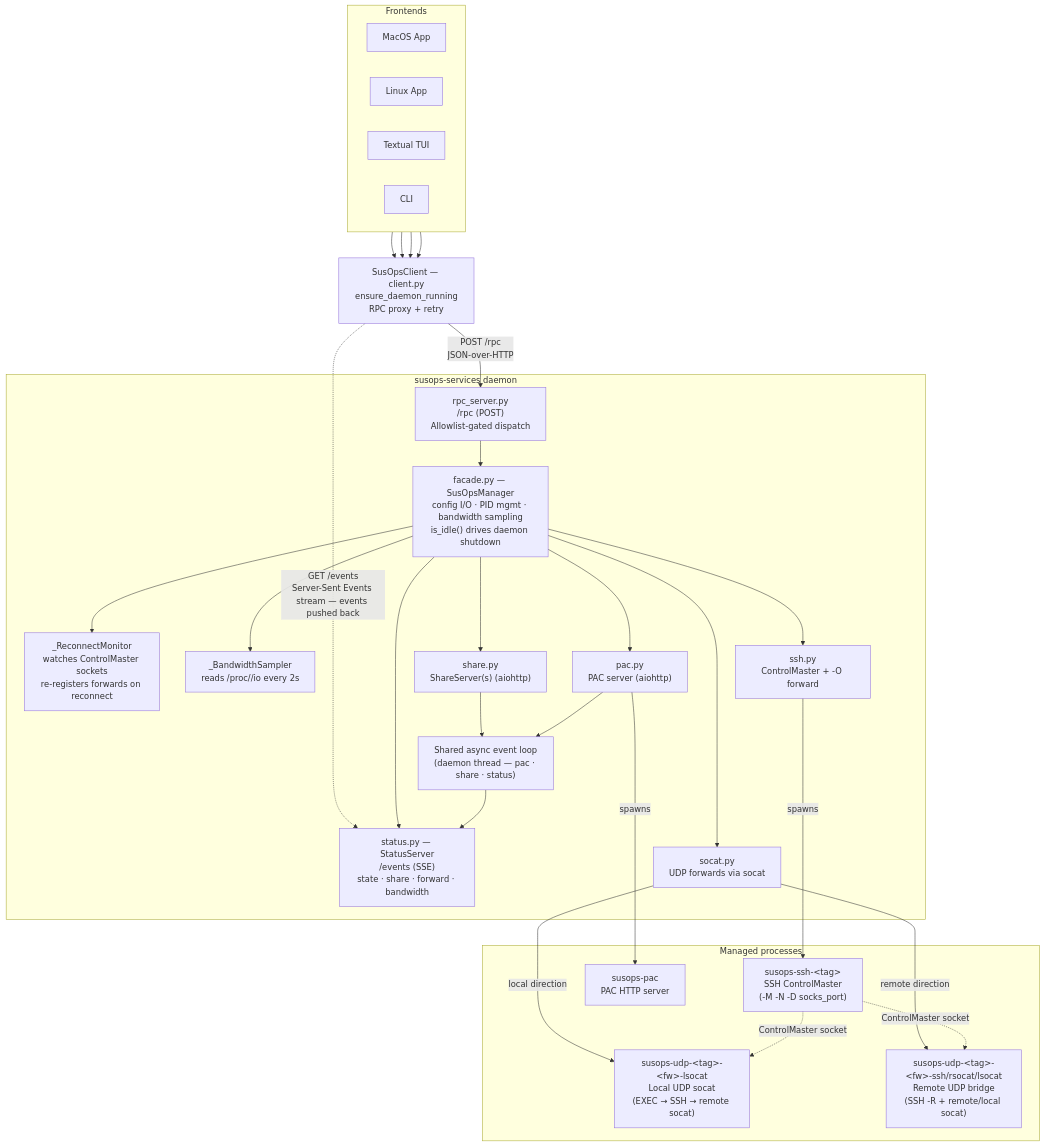
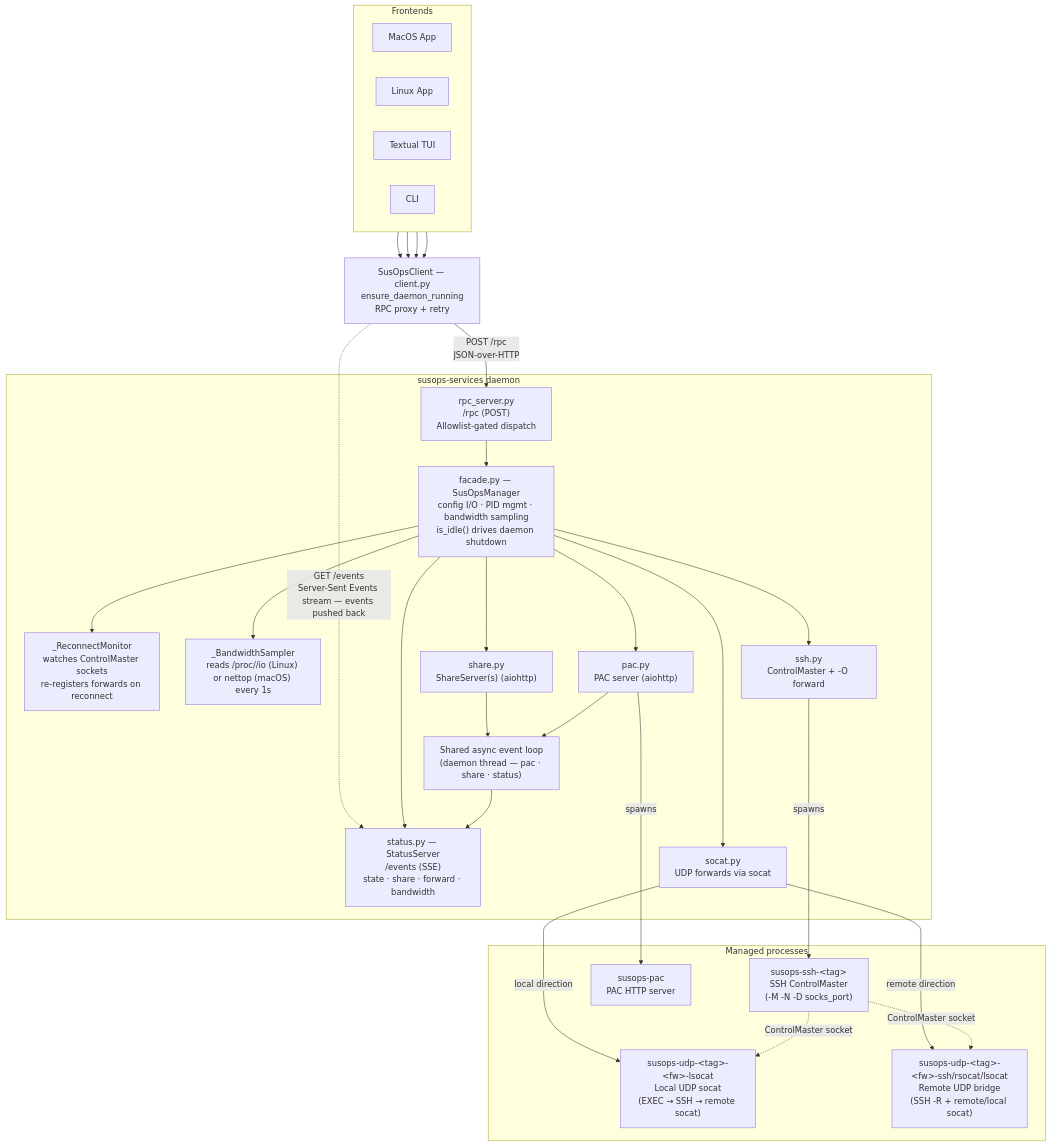
The first of 3 diagrams in README.md (mashb1t/susops), drawn with Mermaid before and after one commit. The commit also changed other lines of this file and 7 other files, not shown here.

````diff
--- a/README.md
+++ b/README.md
@@ -102,62 +74,62 @@
 ```mermaid
 flowchart TD
     subgraph Frontends["Frontends"]
         direction LR
         MacOSApp["MacOS App"]
         LinuxApp["Linux App"]
         TUI["Textual TUI"]
         CLI["CLI"]
     end
 
     Client["SusOpsClient — client.py\nensure_daemon_running\nRPC proxy + retry"]
 
     MacOSApp --> Client
     LinuxApp --> Client
     TUI --> Client
     CLI --> Client
 
     Client -->|POST /rpc\nJSON-over-HTTP| RPC
     Client -.->|GET /events\nServer-Sent Events stream — events pushed back| SSE
 
     subgraph Daemon["susops-services daemon"]
         RPC["rpc_server.py\n/rpc (POST)\nAllowlist-gated dispatch"]
         Facade["facade.py — SusOpsManager\nconfig I/O · PID mgmt · bandwidth sampling\nis_idle() drives daemon shutdown"]
         SSE["status.py — StatusServer\n/events (SSE)\nstate · share · forward · bandwidth"]
         Reconnect["_ReconnectMonitor\nwatches ControlMaster sockets\nre-registers forwards on reconnect"]
-        BW["_BandwidthSampler\nreads /proc/<pid>/io every 2s"]
+        BW["_BandwidthSampler\nreads /proc/<pid>/io (Linux) or nettop (macOS) every 1s"]
 
         SSH["ssh.py\nControlMaster + -O forward"]
         Socat["socat.py\nUDP forwards via socat"]
         PAC["pac.py\nPAC server (aiohttp)"]
         Share["share.py\nShareServer(s) (aiohttp)"]
 
         Loop["Shared async event loop\n(daemon thread — pac · share · status)"]
     end
 
     RPC --> Facade
     Facade --> SSE
     Facade --> Reconnect
     Facade --> BW
     Facade --> SSH
     Facade --> Socat
     Facade --> PAC
     Facade --> Share
 
     Share --> Loop
     PAC --> Loop
     Loop --> SSE
     
     subgraph Processes["Managed processes"]
         Master["susops-ssh-&lt;tag&gt;\nSSH ControlMaster\n(-M -N -D socks_port)"]
         PacProc["susops-pac\nPAC HTTP server"]
         UDPLocal["susops-udp-&lt;tag&gt;-&lt;fw&gt;-lsocat\nLocal UDP socat\n(EXEC → SSH → remote socat)"]
         UDPRemote["susops-udp-&lt;tag&gt;-&lt;fw&gt;-ssh/rsocat/lsocat\nRemote UDP bridge\n(SSH -R + remote/local socat)"]
     end
 
     SSH ---->|spawns| Master
     PAC -->|spawns| PacProc
     Socat -->|local direction| UDPLocal
     Socat -->|remote direction| UDPRemote
     Master -.->|ControlMaster socket| UDPLocal
     Master -.->|ControlMaster socket| UDPRemote
 ```
````
